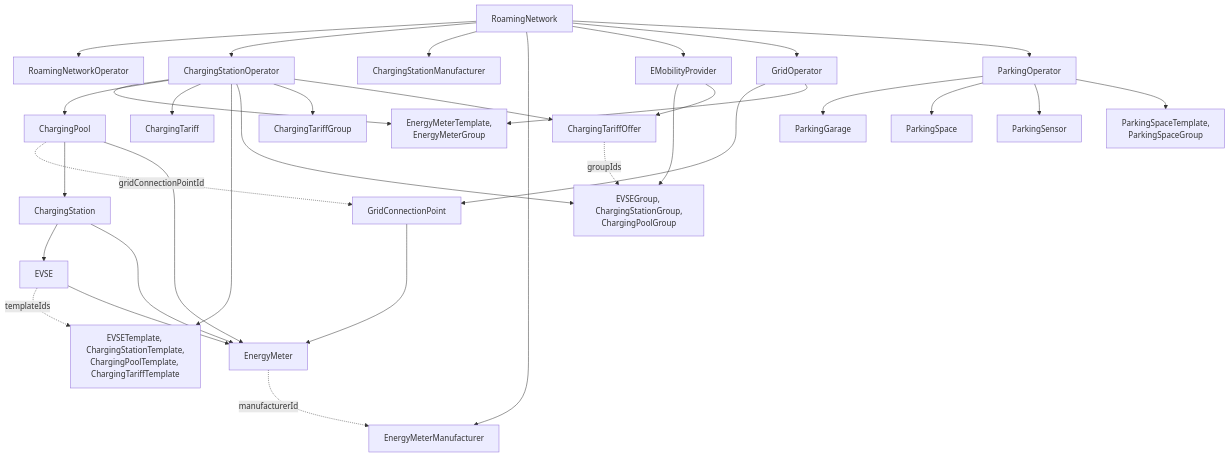
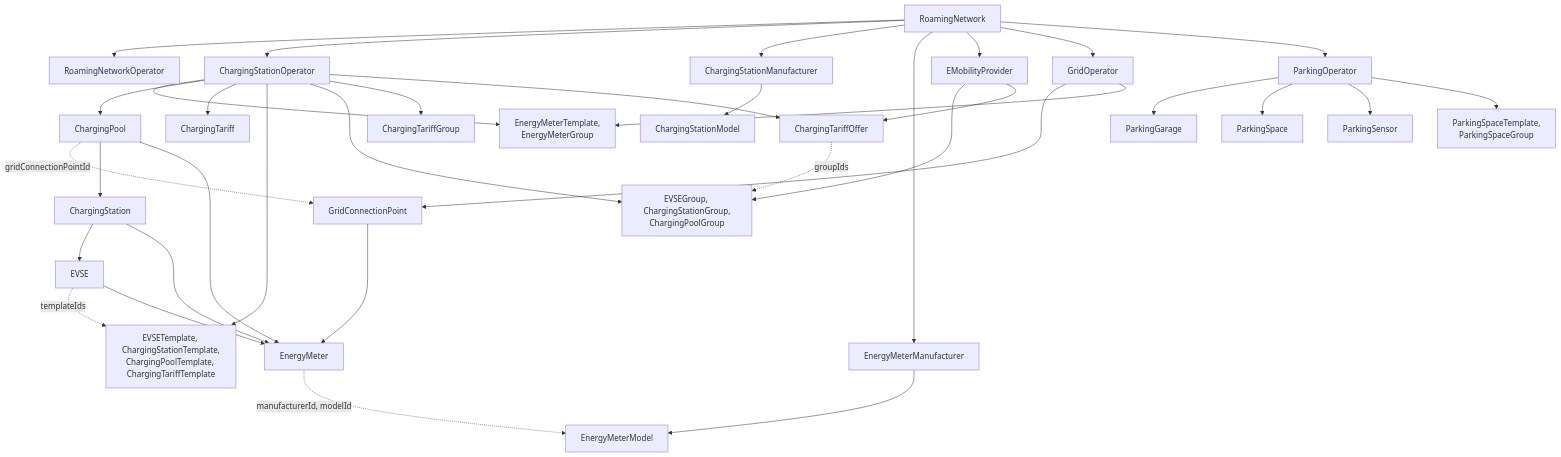
Before and after one commit to OpenChargingCloud/WWCP_POI: the diagram in docs/README.md, drawn with Mermaid. The commit also changed other lines of this file and 62 other files, not shown here.

````diff
--- a/docs/README.md
+++ b/docs/README.md
@@ -13,35 +13,37 @@
 ```mermaid
 flowchart TD
     RoamingNetwork --> RoamingNetworkOperator
     RoamingNetwork --> ChargingStationOperator
     RoamingNetwork --> ChargingStationManufacturer
+    ChargingStationManufacturer --> ChargingStationModel
     RoamingNetwork --> EnergyMeterManufacturer
-    EnergyMeter -. manufacturerId .-> EnergyMeterManufacturer
+    EnergyMeterManufacturer --> EnergyMeterModel
+    EnergyMeter -. manufacturerId, modelId .-> EnergyMeterModel
     RoamingNetwork --> EMobilityProvider
     RoamingNetwork --> GridOperator
     RoamingNetwork --> ParkingOperator
     GridOperator --> GridConnectionPoint
     GridConnectionPoint --> EnergyMeter
     GridOperator --> MeterTemplatesGroups["EnergyMeterTemplate,<br/>EnergyMeterGroup"]
     ChargingStationOperator --> MeterTemplatesGroups
     ChargingPool -. gridConnectionPointId .-> GridConnectionPoint
     ChargingStationOperator --> ChargingPool
     ChargingStationOperator --> ChargingTariff
     ChargingStationOperator --> Templates["EVSETemplate, ChargingStationTemplate,<br/>ChargingPoolTemplate, ChargingTariffTemplate"]
     ChargingStationOperator --> Groups["EVSEGroup, ChargingStationGroup,<br/>ChargingPoolGroup"]
     ChargingStationOperator --> ChargingTariffGroup
     ChargingStationOperator --> ChargingTariffOffer
     EMobilityProvider --> Groups
     EMobilityProvider --> ChargingTariffOffer
     ChargingTariffOffer -. groupIds .-> Groups
     EVSE -. templateIds .-> Templates
     ChargingPool --> ChargingStation
     ChargingStation --> EVSE
     ChargingPool --> EnergyMeter
     ChargingStation --> EnergyMeter
     EVSE --> EnergyMeter
     ParkingOperator --> ParkingGarage
     ParkingOperator --> ParkingSpace
     ParkingOperator --> ParkingSensor
     ParkingOperator --> ParkingTemplatesGroups["ParkingSpaceTemplate,<br/>ParkingSpaceGroup"]
 ```
````
